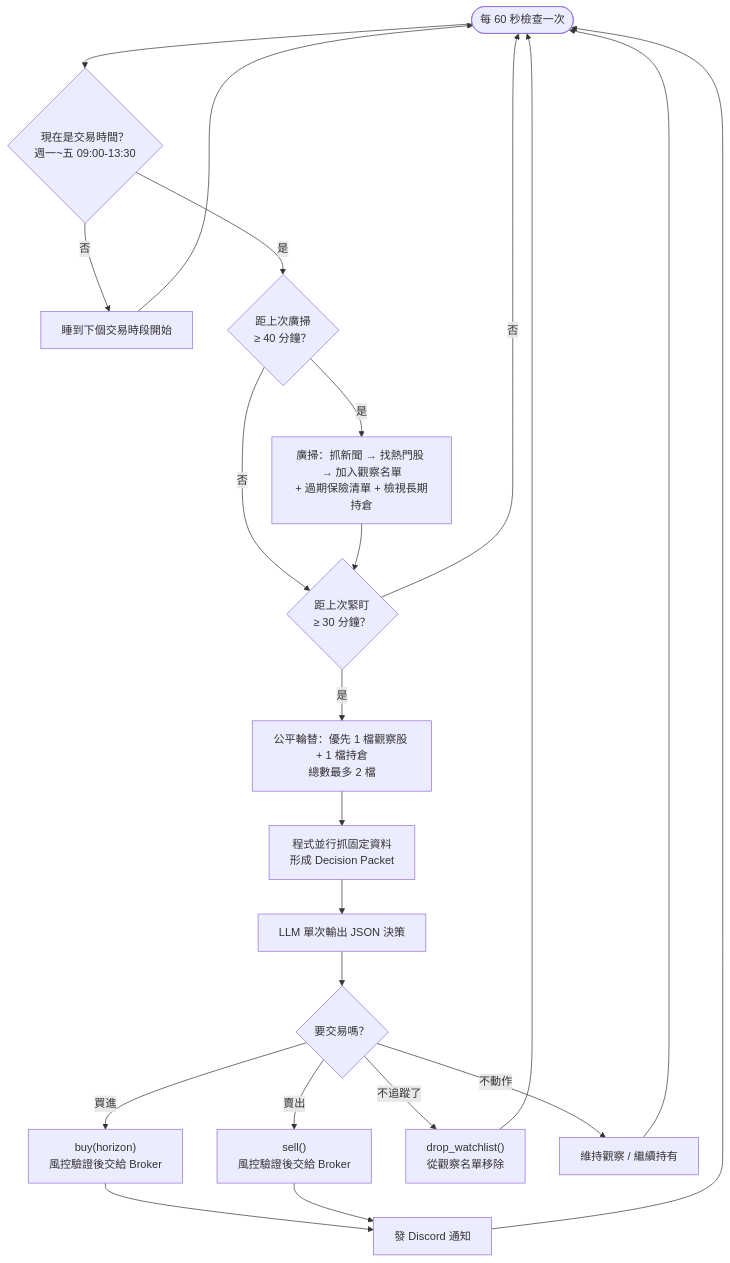
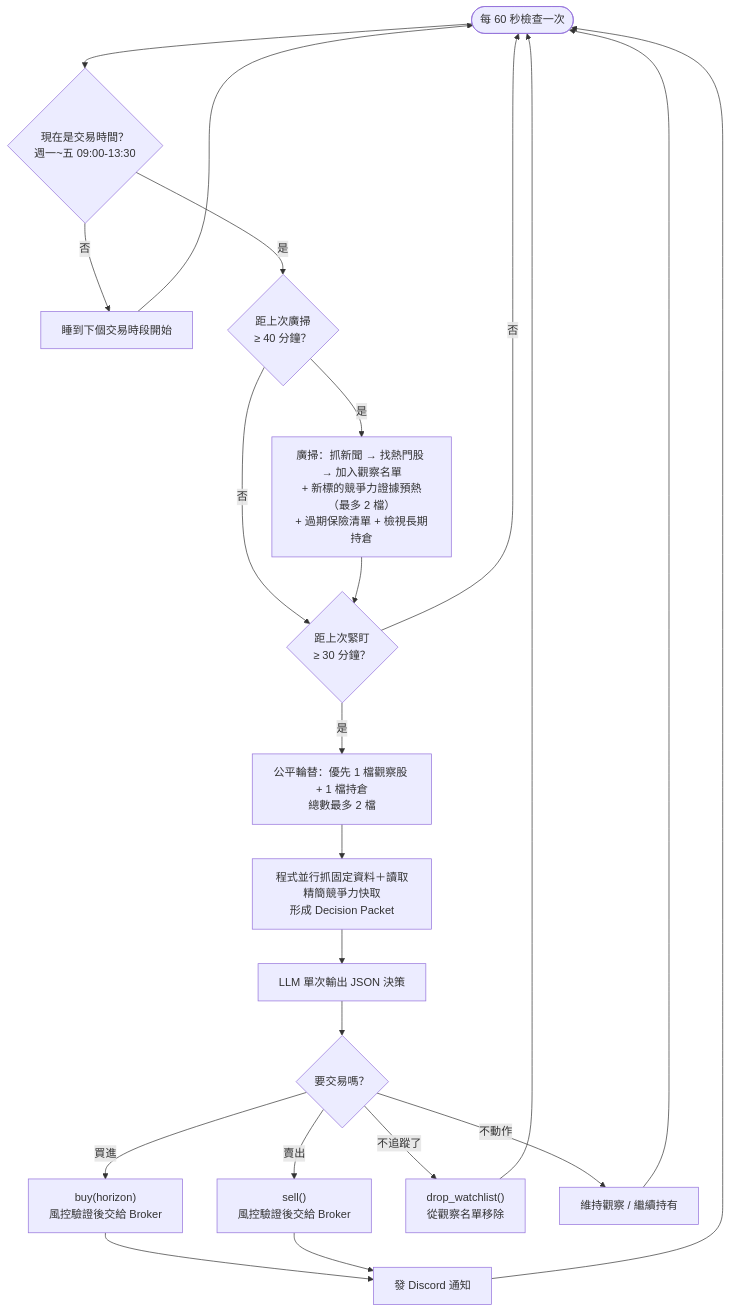
The second of 2 diagrams in docs/paper_trading.md (carterwu1120/market-agent), drawn with Mermaid before and after one commit. The commit also changed other lines of this file and 8 other files, not shown here.

````diff
--- a/docs/paper_trading.md
+++ b/docs/paper_trading.md
@@ -67,23 +69,23 @@
 ```mermaid
 flowchart TD
     START(["每 60 秒檢查一次"]) --> TH{"現在是交易時間？\n週一~五 09:00-13:30"}
     TH -->|否| SLEEP["睡到下個交易時段開始"] --> START
     TH -->|是| B{"距上次廣掃\n≥ 40 分鐘？"}
-    B -->|是| BROAD["廣掃：抓新聞 → 找熱門股 → 加入觀察名單\n+ 過期保險清單 + 檢視長期持倉"]
+    B -->|是| BROAD["廣掃：抓新聞 → 找熱門股 → 加入觀察名單\n+ 新標的競爭力證據預熱（最多 2 檔）\n+ 過期保險清單 + 檢視長期持倉"]
     B -->|否| T
     BROAD --> T{"距上次緊盯\n≥ 30 分鐘？"}
     T -->|否| START
     T -->|是| GATHER["公平輪替：優先 1 檔觀察股 + 1 檔持倉\n總數最多 2 檔"]
-    GATHER --> RESEARCH["程式並行抓固定資料\n形成 Decision Packet"]
+    GATHER --> RESEARCH["程式並行抓固定資料＋讀取精簡競爭力快取\n形成 Decision Packet"]
     RESEARCH --> DECIDE["LLM 單次輸出 JSON 決策"]
     DECIDE --> ACT{"要交易嗎？"}
     ACT -->|買進| BUY["buy(horizon)\n風控驗證後交給 Broker"]
     ACT -->|賣出| SELL["sell()\n風控驗證後交給 Broker"]
     ACT -->|不追蹤了| DROP["drop_watchlist()\n從觀察名單移除"]
     ACT -->|不動作| HOLD["維持觀察 / 繼續持有"]
     BUY --> NOTIFY["發 Discord 通知"]
     SELL --> NOTIFY
     NOTIFY --> START
     DROP --> START
     HOLD --> START
 ```
````
